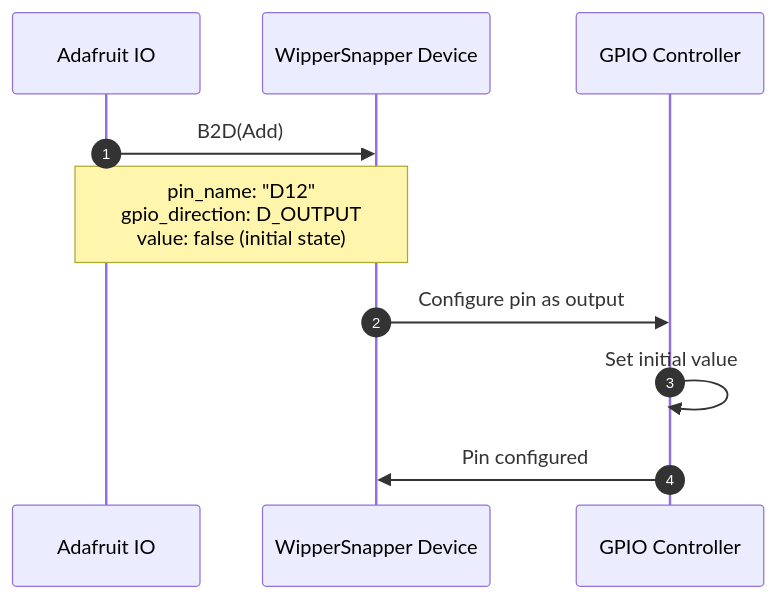
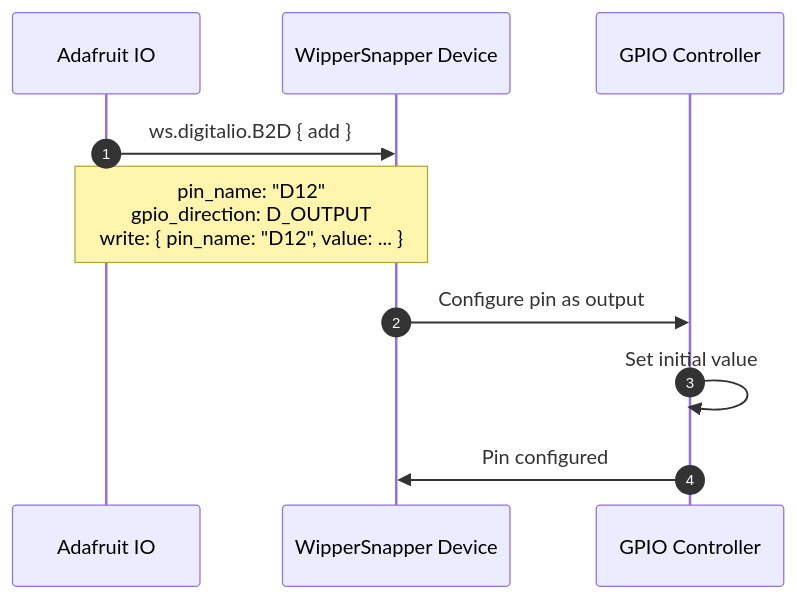
Before and after one commit to adafruit/Wippersnapper_Protobuf: the second of 4 diagrams in proto/wippersnapper/docs/digitalio.md, drawn with Mermaid. The commit also changed other lines of this file and 10 other files, not shown here.

````diff
--- a/proto/wippersnapper/docs/digitalio.md
+++ b/proto/wippersnapper/docs/digitalio.md
@@ -78,14 +87,14 @@
 ```mermaid
 sequenceDiagram
 autonumber
 participant IO as Adafruit IO
 participant Device as WipperSnapper Device
 participant GPIO as GPIO Controller
 
-IO->>Device: B2D(Add)
-Note over IO,Device: pin_name: "D12"<br/>gpio_direction: D_OUTPUT<br/>value: false (initial state)
+IO->>Device: ws.digitalio.B2D { add }
+Note over IO,Device: pin_name: "D12"<br/>gpio_direction: D_OUTPUT<br/>write: { pin_name: "D12", value: ... }
 
 Device->>GPIO: Configure pin as output
 GPIO->>GPIO: Set initial value
 GPIO->>Device: Pin configured
 ```
````
